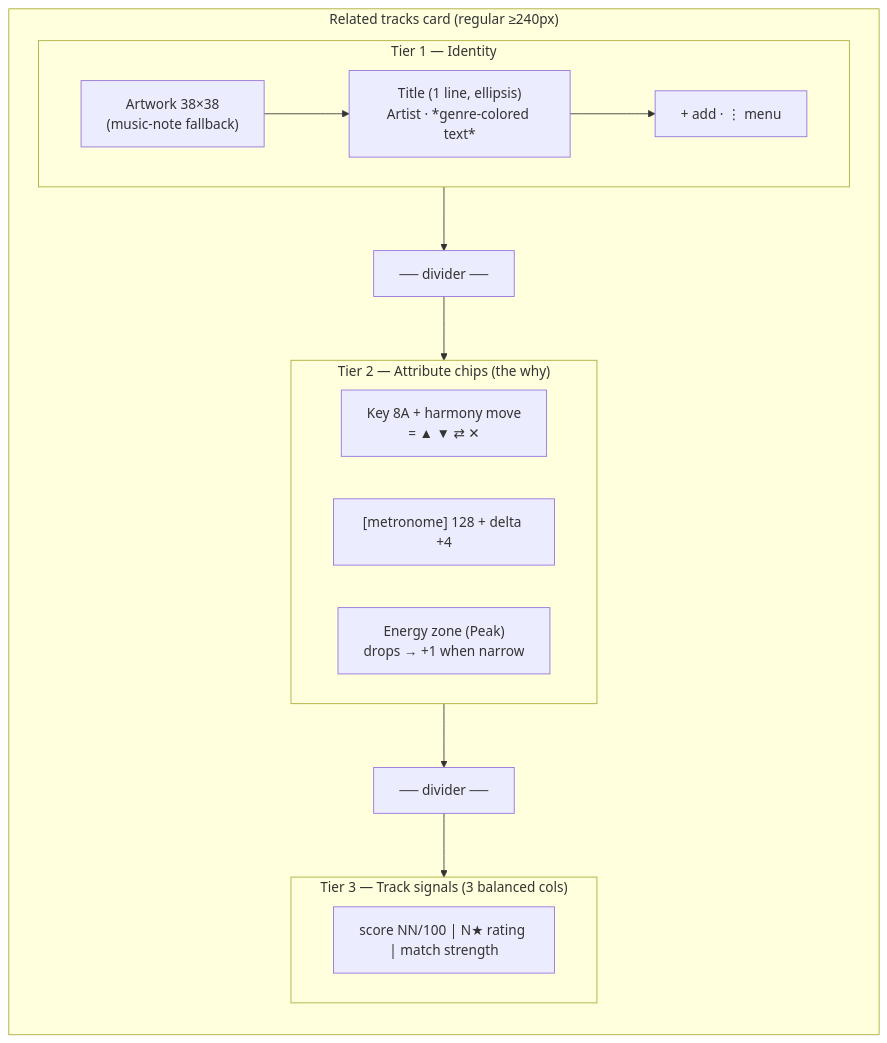
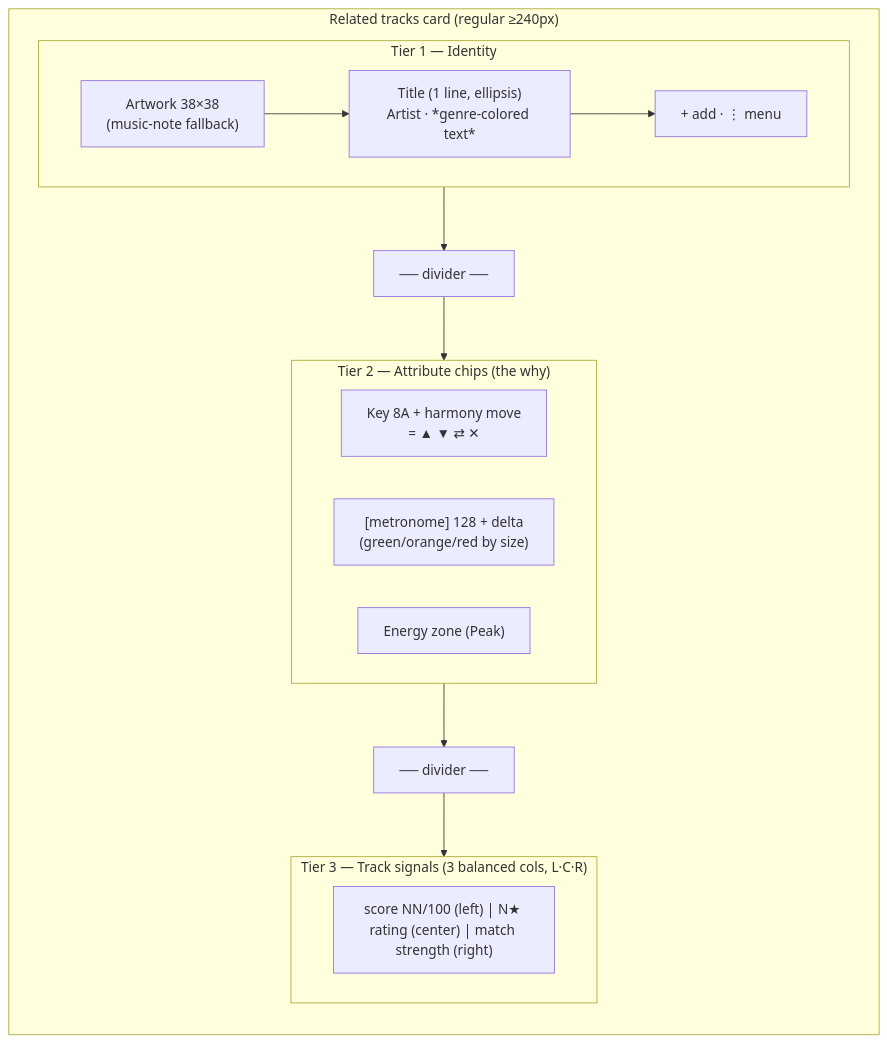
One commit to riveign/waveform-builer changed the diagram in frontend/docs/design-system/related-tracks-card.md. Above: the diagram before and after it, drawn with Mermaid. The commit also changed other lines of this file and 2 other files, not shown here.

Commit message:
spec(023): STYLE - even compact spacing, signals L/C/R, bpm delta colors, intermediate 3 chips

````diff
--- a/frontend/docs/design-system/related-tracks-card.md
+++ b/frontend/docs/design-system/related-tracks-card.md
@@ -25,26 +25,26 @@
 ```mermaid
 flowchart TB
     subgraph Card["Related tracks card (regular ≥240px)"]
         direction TB
         subgraph T1["Tier 1 — Identity"]
             direction LR
             ART["Artwork 38×38<br/>(music-note fallback)"]
             TXT["Title (1 line, ellipsis)<br/>Artist · *genre-colored text*"]
             ACT["+ add · ⋮ menu"]
             ART --> TXT --> ACT
         end
         D1["── divider ──"]
         subgraph T2["Tier 2 — Attribute chips (the why)"]
             direction LR
             KEY["Key 8A + harmony move<br/>= ▲ ▼ ⇄ ✕"]
-            BPM["[metronome] 128 + delta +4"]
-            EN["Energy zone (Peak)<br/>drops → +1 when narrow"]
+            BPM["[metronome] 128 + delta<br/>(green/orange/red by size)"]
+            EN["Energy zone (Peak)"]
         end
         D2["── divider ──"]
-        subgraph T3["Tier 3 — Track signals (3 balanced cols)"]
+        subgraph T3["Tier 3 — Track signals (3 balanced cols, L·C·R)"]
             direction LR
-            SIG["score NN/100 | N★ rating | match strength"]
+            SIG["score NN/100 (left) | N★ rating (center) | match strength (right)"]
         end
         T1 --> D1 --> T2 --> D2 --> T3
     end
 ```
````
